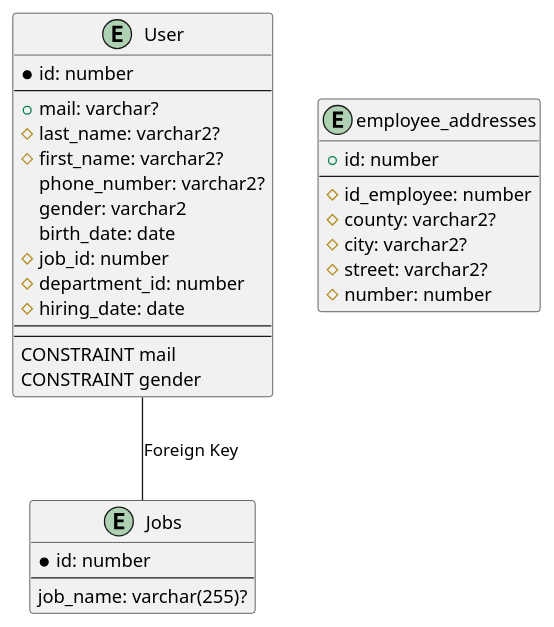
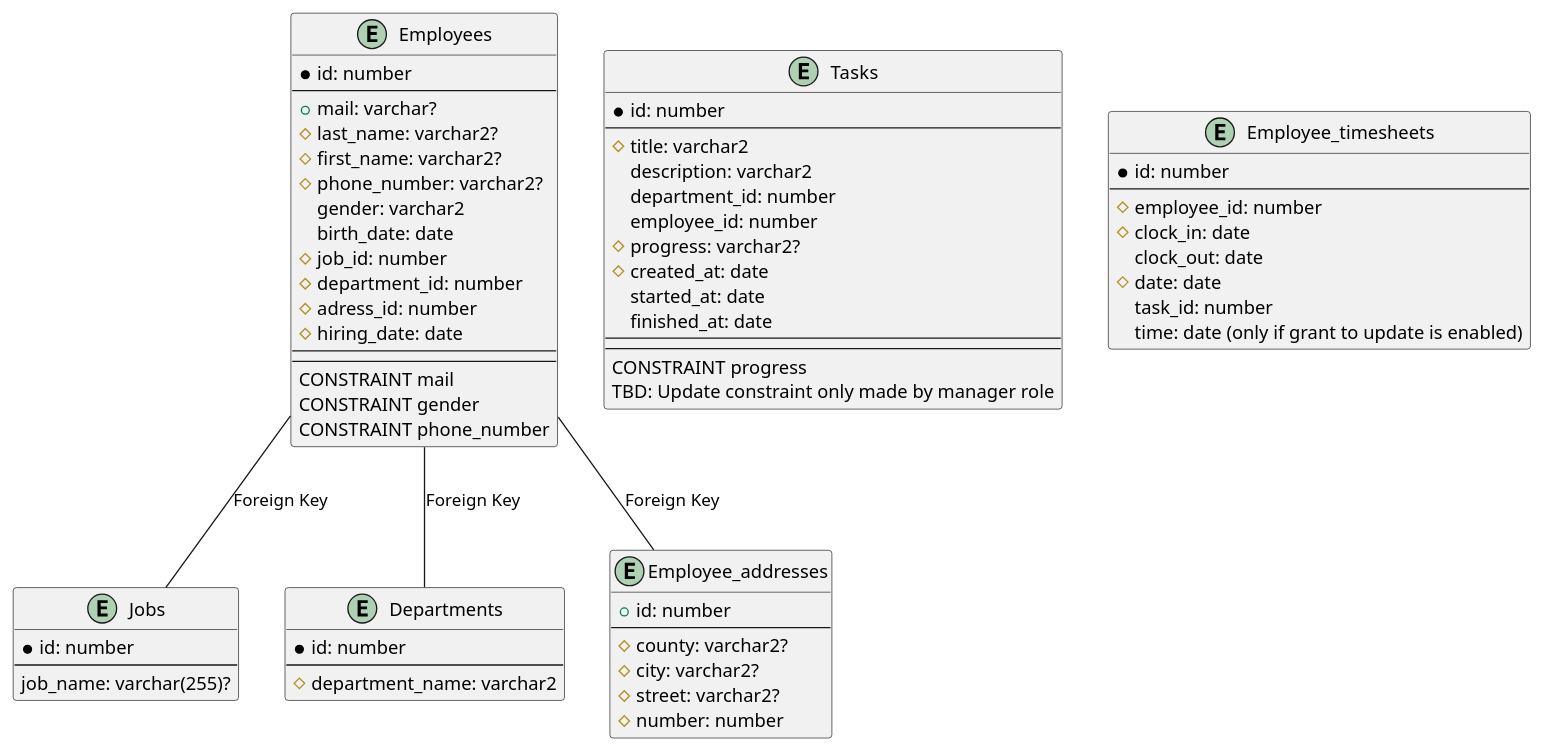
Before and after one commit to BalteiVasile/db-auto-service-project: the diagram in diagrams/diagram.puml, drawn with PlantUML.

Commit message:
[Diagrams] Transform entities into tables
Tasks, departments, addresses & timesheets initial tables were made.
NOTE: this diagram is WIP, is not done yet.

```diff
--- a/diagrams/diagram.puml
+++ b/diagrams/diagram.puml
@@ -1,42 +1,82 @@
 @startuml auto_service
 
-entity "Jobs"
+entity Employees
+{
+  *id: number
+  --
+  +mail: varchar?
+  #last_name: varchar2?
+  #first_name: varchar2?
+  #phone_number: varchar2?
+  gender: varchar2
+  birth_date: date
+  #job_id: number
+  #department_id: number
+  #adress_id: number
+  #hiring_date: date
+  --
+  --
+  CONSTRAINT mail
+  CONSTRAINT gender
+  CONSTRAINT phone_number
+}
+
+entity Jobs
 {
   *id: number
   --
   job_name: varchar(255)?
 }
 
-entity "User"
+entity Departments
 {
   *id: number
   --
-  +mail: varchar?
-  #last_name: varchar2?
-  #first_name: varchar2?
-  phone_number: varchar2?
-  gender: varchar2
-  birth_date: date
-  #job_id: number
-  #department_id: number
-  #hiring_date: date
+  #department_name: varchar2 
+}
+
+entity Tasks
+{
+  *id: number
+  --
+  #title: varchar2
+  description: varchar2
+  department_id: number
+  employee_id: number
+  #progress: varchar2?
+  #created_at: date
+  started_at: date
+  finished_at: date
   --
   --
-  CONSTRAINT mail
-  CONSTRAINT gender
+  CONSTRAINT progress
+  TBD: Update constraint only made by manager role
 }
 
-entity "employee_addresses"
+entity Employee_timesheets
+{
+  *id: number
+  --
+  #employee_id: number
+  #clock_in: date
+  clock_out: date
+  #date: date
+  task_id: number
+  time: date (only if grant to update is enabled)
+}
+
+entity Employee_addresses
 {
   +id: number
   --
-  #id_employee: number
   #county: varchar2?
   #city: varchar2?
   #street: varchar2?
   #number: number
 }
 
-User -- Jobs: "Foreign Key"
+Employees -- Jobs: "Foreign Key"
+Employees -- Employee_addresses: "Foreign Key"
+Employees -- Departments: "Foreign Key"
 
 @enduml
```
